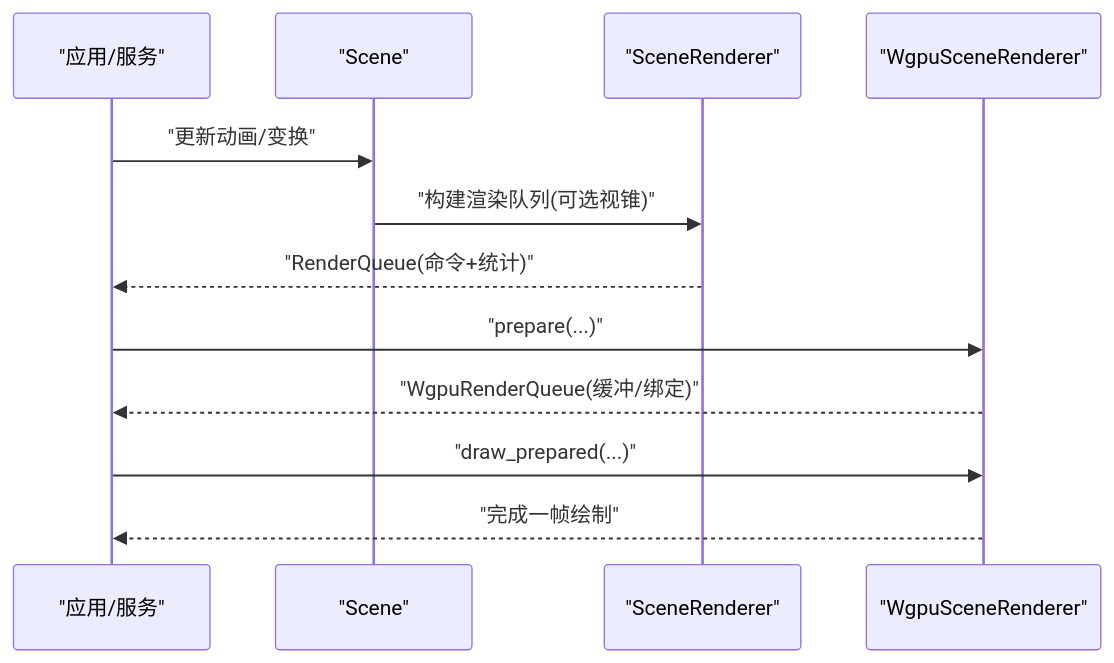
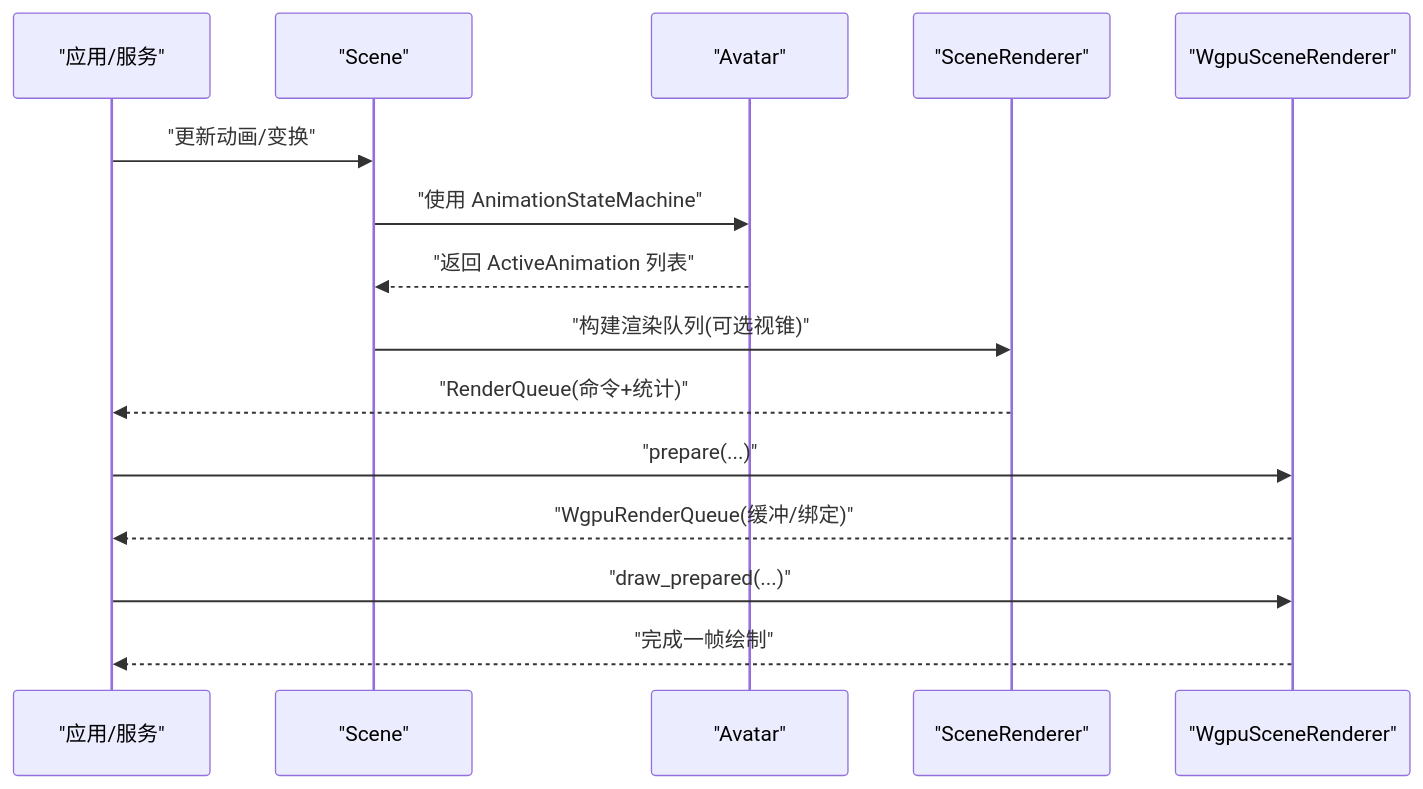
The second of 6 diagrams in .qoder/repowiki/zh/content/扩展开发.md (qianqians/geese), drawn with Mermaid before and after one commit. The commit also changed other lines of this file and 18 other files, not shown here.

````diff
--- a/.qoder/repowiki/zh/content/扩展开发.md
+++ b/.qoder/repowiki/zh/content/扩展开发.md
@@ -133,14 +143,17 @@
 ```mermaid
 sequenceDiagram
 participant App as "应用/服务"
 participant Scene as "Scene"
+participant Avatar as "Avatar"
 participant Renderer as "SceneRenderer"
 participant GPU as "WgpuSceneRenderer"
 App->>Scene : "更新动画/变换"
+Scene->>Avatar : "使用 AnimationStateMachine"
+Avatar-->>Scene : "返回 ActiveAnimation 列表"
 Scene->>Renderer : "构建渲染队列(可选视锥)"
 Renderer-->>App : "RenderQueue(命令+统计)"
 App->>GPU : "prepare(...)"
 GPU-->>App : "WgpuRenderQueue(缓冲/绑定)"
 App->>GPU : "draw_prepared(...)"
 GPU-->>App : "完成一帧绘制"
 ```
````
